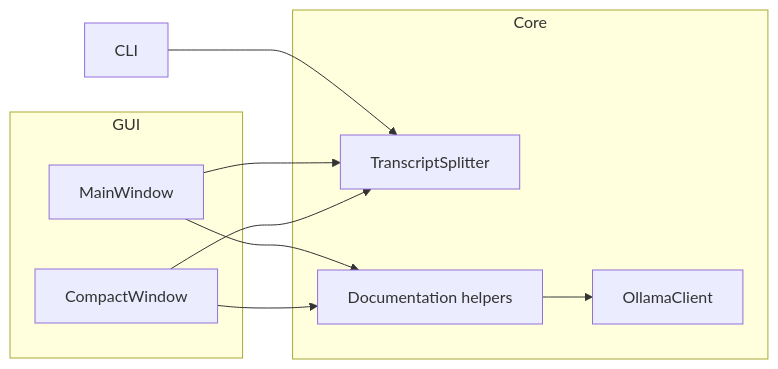
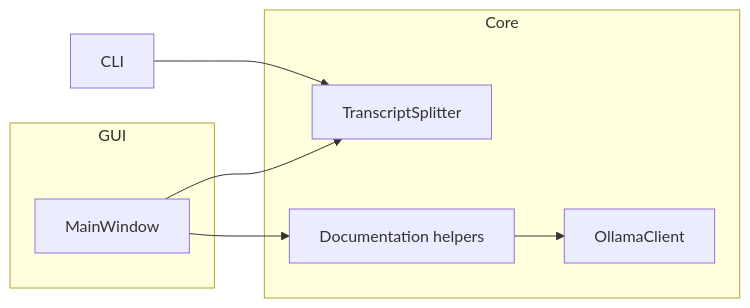
Before and after one commit to CagriCatik/Docalypt: the diagram in docs/ARCHITECTURE.md, drawn with Mermaid. The commit also changed other lines of this file and 8 other files, not shown here.

````diff
--- a/docs/ARCHITECTURE.md
+++ b/docs/ARCHITECTURE.md
@@ -13,22 +13,19 @@
 ```mermaid
 graph LR
     subgraph Core
         S[TranscriptSplitter]
         D[Documentation helpers]
         O[OllamaClient]
     end
 
     subgraph GUI
         MW[MainWindow]
-        CW[CompactWindow]
     end
 
     CLI[CLI]
 
     CLI --> S
     MW --> S
     MW --> D
-    CW --> S
-    CW --> D
     D --> O
 ```
````
